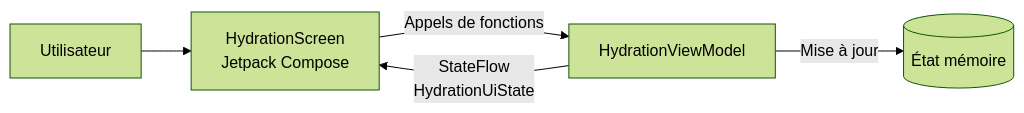
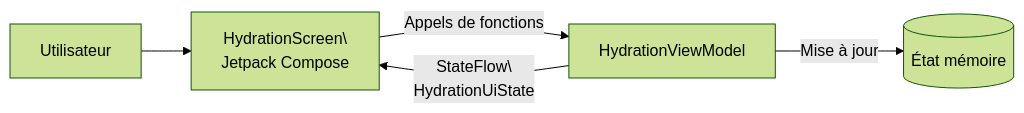
Before and after one commit to JB293/Hydratation: the diagram in README.md, drawn with Mermaid (forest theme). The commit also changed other lines of this file and 1 other file, not shown here.

````diff
--- a/README.md
+++ b/README.md
@@ -91,7 +161,12 @@
-```mermaid
+``` mermaid
+
 flowchart LR
-    U[Utilisateur] --> UI[HydrationScreen<br/>Jetpack Compose]
-    UI -->|Appels de fonctions| VM[HydrationViewModel]
-    VM -->|StateFlow<br/>HydrationUiState| UI
-    VM -->|Mise à jour| DATA[(État mémoire)]
+
+    U[Utilisateur] --> UI[HydrationScreen\<br/>Jetpack Compose]
+
+    UI -->|Appels de fonctions| VM[HydrationViewModel]
+
+    VM -->|StateFlow\<br/>HydrationUiState| UI
+
+    VM -->|Mise à jour| DATA[(État mémoire)]
 ```
````
